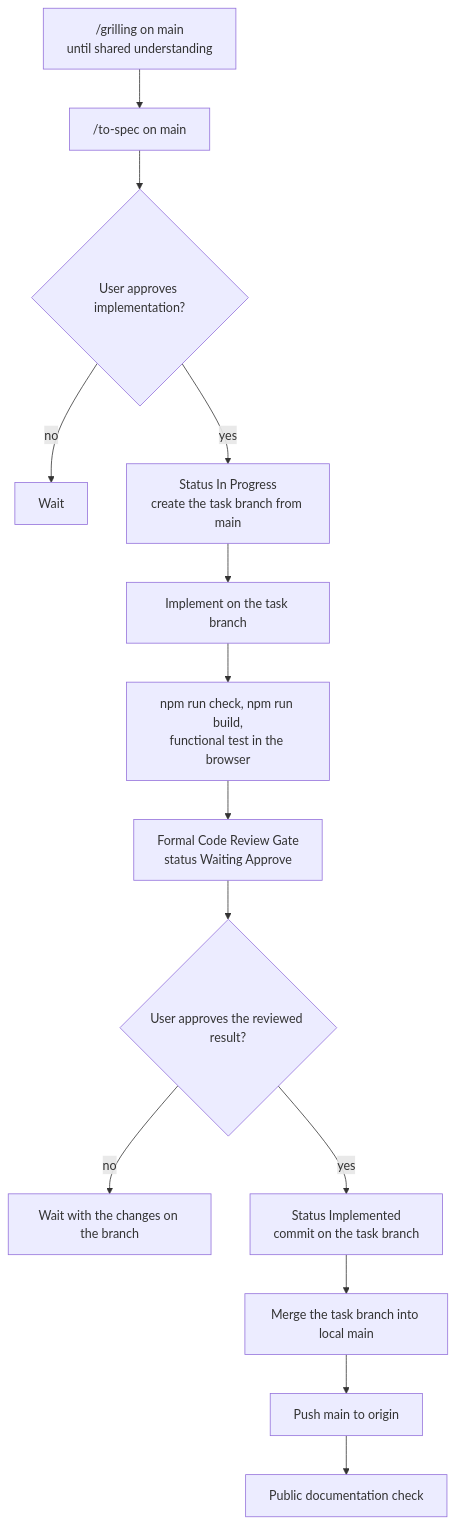
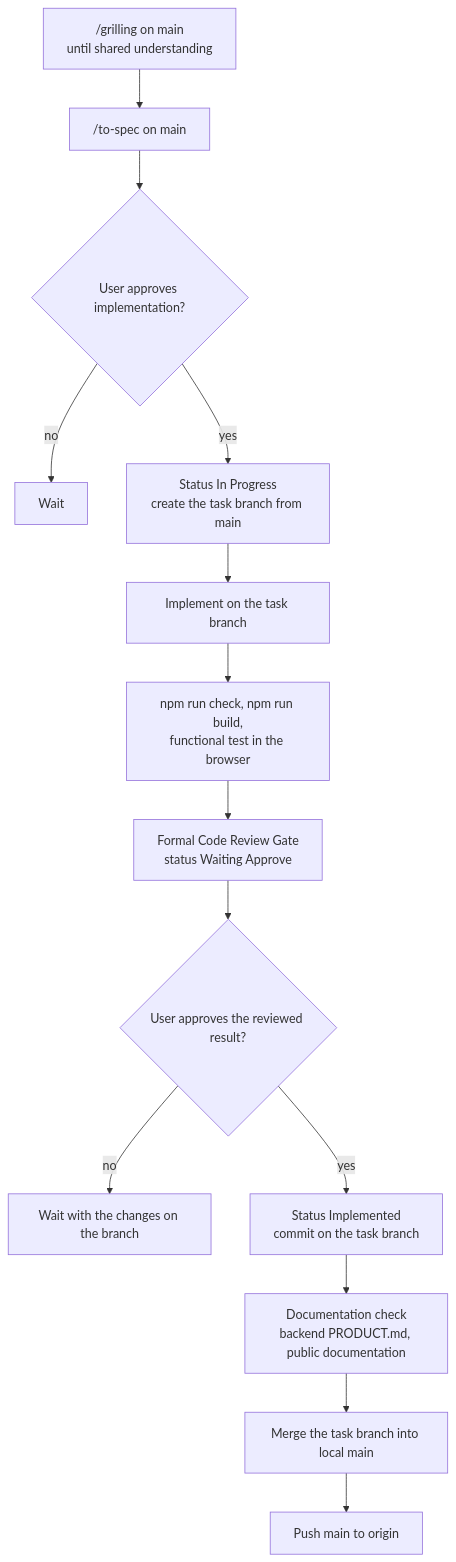
One commit to fagnermourafeitosa/chokepoint-admin changed the diagram in AGENTS.md. Above: the diagram before and after it, drawn with Mermaid. The commit also changed other lines of this file, not shown here.

First line of the commit message:
Run the documentation check before the merge into main

````diff
--- a/AGENTS.md
+++ b/AGENTS.md
@@ -55,16 +55,16 @@
 ```mermaid
 flowchart TD
     G["/grilling on main<br/>until shared understanding"] --> S["/to-spec on main"]
     S --> A{"User approves implementation?"}
     A -- no --> W1["Wait"]
     A -- yes --> P["Status In Progress<br/>create the task branch from main"]
     P --> I["Implement on the task branch"]
     I --> V["npm run check, npm run build,<br/>functional test in the browser"]
     V --> R["Formal Code Review Gate<br/>status Waiting Approve"]
     R --> C{"User approves the reviewed result?"}
     C -- no --> W2["Wait with the changes on the branch"]
     C -- yes --> D["Status Implemented<br/>commit on the task branch"]
-    D --> M["Merge the task branch into local main"]
+    D --> DC["Documentation check<br/>backend PRODUCT.md, public documentation"]
+    DC --> M["Merge the task branch into local main"]
     M --> U["Push main to origin"]
-    U --> PU["Public documentation check"]
 ```
````
